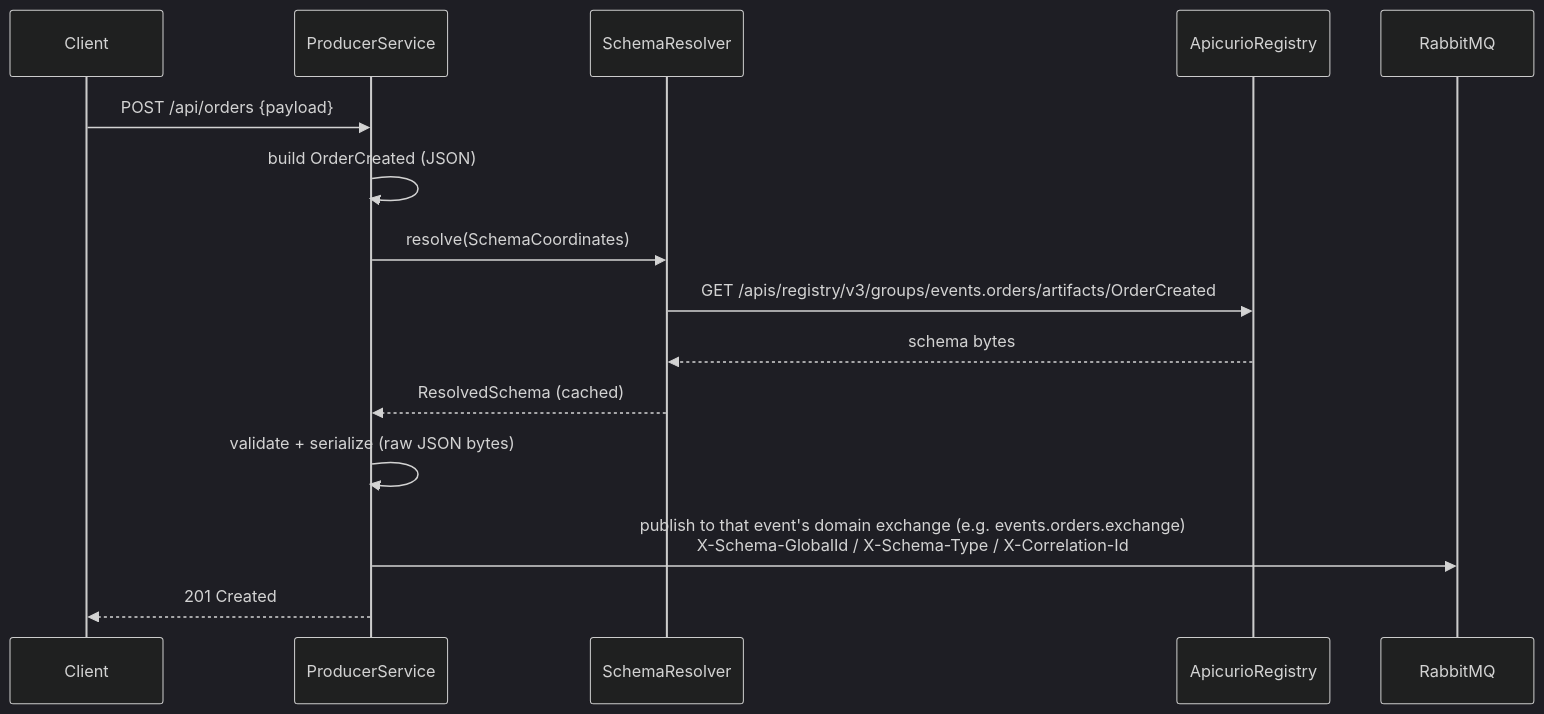
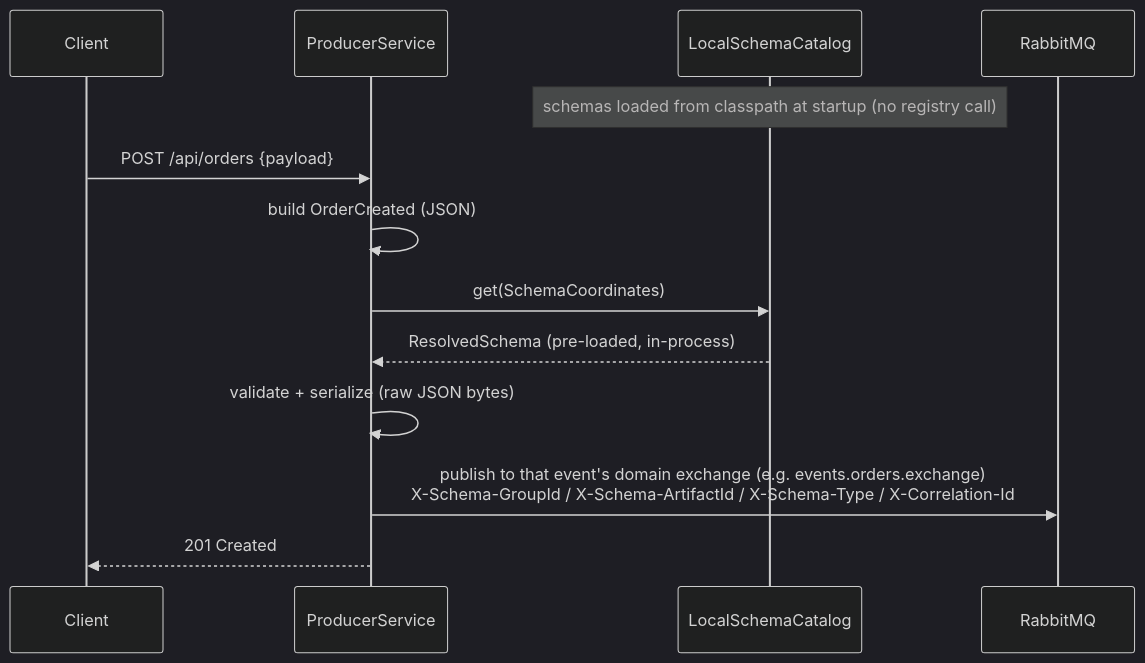
One commit to anarefin/schema-registry-demo changed the first of 4 diagrams in README.md. Above: the diagram before and after it, drawn with Mermaid (dark theme). The commit also changed other lines of this file and 68 other files, not shown here.

````diff
--- a/README.md
+++ b/README.md
@@ -215,18 +215,16 @@
 ```mermaid
 sequenceDiagram
     participant C as Client
     participant P as ProducerService
-    participant R as SchemaResolver
-    participant A as ApicurioRegistry
+    participant L as LocalSchemaCatalog
     participant MQ as RabbitMQ
 
+    Note over L: schemas loaded from classpath at startup (no registry call)
     C->>P: POST /api/orders {payload}
     P->>P: build OrderCreated (JSON)
-    P->>R: resolve(SchemaCoordinates)
-    R->>A: GET /apis/registry/v3/groups/events.orders/artifacts/OrderCreated
-    A-->>R: schema bytes
-    R-->>P: ResolvedSchema (cached)
+    P->>L: get(SchemaCoordinates)
+    L-->>P: ResolvedSchema (pre-loaded, in-process)
     P->>P: validate + serialize (raw JSON bytes)
-    P->>MQ: publish to that event's domain exchange (e.g. events.orders.exchange)<br/>X-Schema-GlobalId / X-Schema-Type / X-Correlation-Id
+    P->>MQ: publish to that event's domain exchange (e.g. events.orders.exchange)<br/>X-Schema-GroupId / X-Schema-ArtifactId / X-Schema-Type / X-Correlation-Id
     P-->>C: 201 Created
 ```
````
